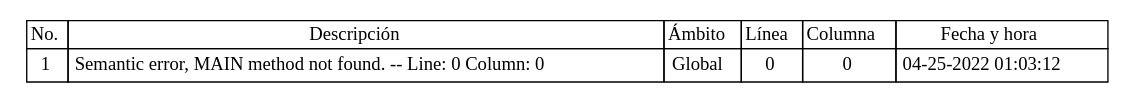
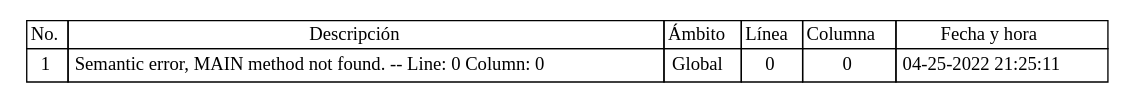
The diagram in Back/Web/tablas/tablaErrores.dot (Jodyannre/COMPI2_proyecto2_2022), drawn with Graphviz before and after one commit. The commit also changed 5 other files, not shown here.

```diff
--- a/Back/Web/tablas/tablaErrores.dot
+++ b/Back/Web/tablas/tablaErrores.dot
@@ -1,36 +1,36 @@
 
 	digraph {
 		tablaSimbolos [
 		  shape=plaintext
 		  label=<
 			<table border='0' cellborder='1' color='black' cellspacing='0'>
 			  <tr>
 				  <td>No.</td>
 				  <td>Descripción</td>
 				  <td>Ámbito</td>
 				  <td>Línea</td>
 				  <td>Columna</td>
 				  <td>Fecha y hora</td>
 			  </tr>
 	
 <tr>
 <td cellpadding='4'>
 1
 </td>
 <td cellpadding='4'>Semantic error, MAIN method not found. -- Line: 0 Column: 0
 </td>
 <td cellpadding='4'>Global
 </td>
 <td cellpadding='4'>0
 </td>
 <td cellpadding='4'>
 0
 </td>
 <td cellpadding='4'>
-04-25-2022 01:03:12
+04-25-2022 21:25:11
 </td>
 </tr>
 
 		</table>
 		>];
 	}
```
